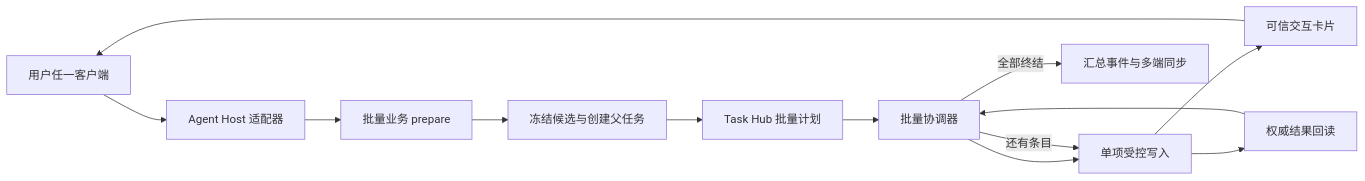
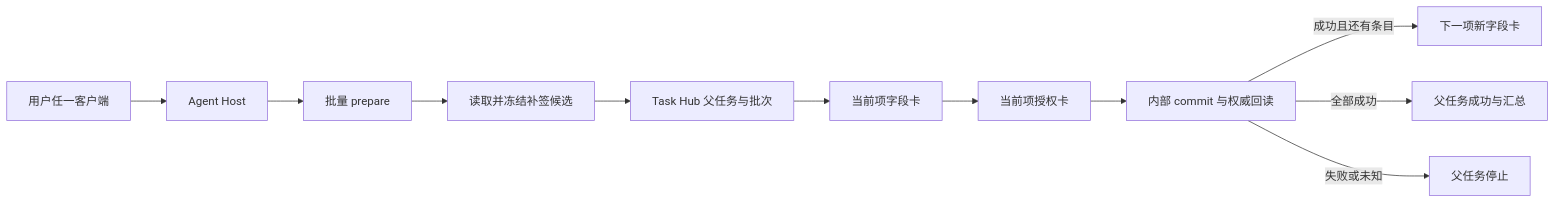
The diagram in docs/架构设计/批量受控任务编排设计.md (guomxin/cli-helper), drawn with Mermaid before and after one commit. The commit also changed other lines of this file and 28 other files, not shown here.

````diff
--- a/docs/架构设计/批量受控任务编排设计.md
+++ b/docs/架构设计/批量受控任务编排设计.md
@@ -113,15 +42,13 @@
 ```mermaid
 flowchart LR
-    U[用户任一客户端] --> H[Agent Host 适配器]
-    H --> P[批量业务 prepare]
-    P --> F[冻结候选与创建父任务]
-    F --> Q[Task Hub 批量计划]
-    Q --> C[批量协调器]
-    C --> O[单项受控写入]
-    O --> I[可信交互卡片]
-    I --> U
-    O --> V[权威结果回读]
-    V --> C
-    C -->|还有条目| O
-    C -->|全部终结| S[汇总事件与多端同步]
+    U[用户任一客户端] --> H[Agent Host]
+    H --> P[批量 prepare]
+    P --> R[读取并冻结补签候选]
+    R --> T[Task Hub 父任务与批次]
+    T --> I1[当前项字段卡]
+    I1 --> A1[当前项授权卡]
+    A1 --> C1[内部 commit 与权威回读]
+    C1 -->|成功且还有条目| I2[下一项新字段卡]
+    C1 -->|全部成功| S[父任务成功与汇总]
+    C1 -->|失败或未知| F[父任务停止]
 ```
````
